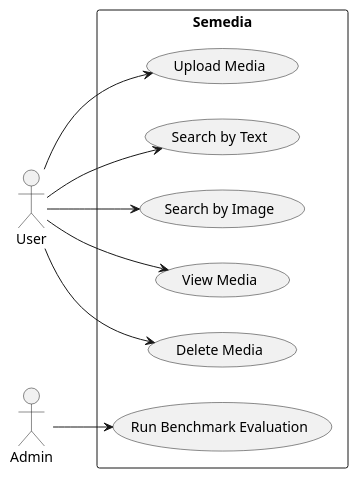
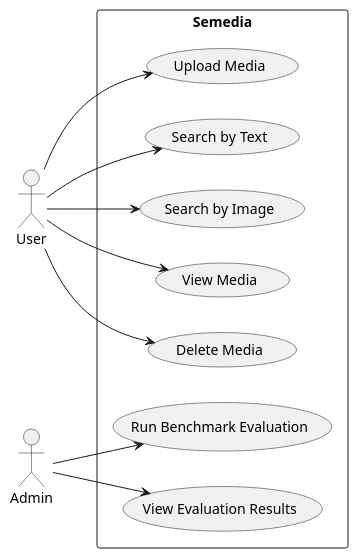
One commit to pho-veteran/semedia changed the first of 19 diagrams in docs/college-reports/semedia-final-project-report-draft.md. Above: the diagram before and after it, drawn with PlantUML. The commit also changed other lines of this file and 13 other files, not shown here.

````diff
--- a/docs/college-reports/semedia-final-project-report-draft.md
+++ b/docs/college-reports/semedia-final-project-report-draft.md
@@ -301,24 +330,26 @@
 ```plantuml
 @startuml
 left to right direction
 
 actor User
 actor Admin
 
 rectangle Semedia {
   usecase "Upload Media" as UC1
   usecase "Search by Text" as UC2
   usecase "Search by Image" as UC3
   usecase "View Media" as UC4
   usecase "Delete Media" as UC5
   usecase "Run Benchmark Evaluation" as UC6
+  usecase "View Evaluation Results" as UC7
 }
 
 User --> UC1
 User --> UC2
 User --> UC3
 User --> UC4
 User --> UC5
 Admin --> UC6
+Admin --> UC7
 @enduml
 ```
````
